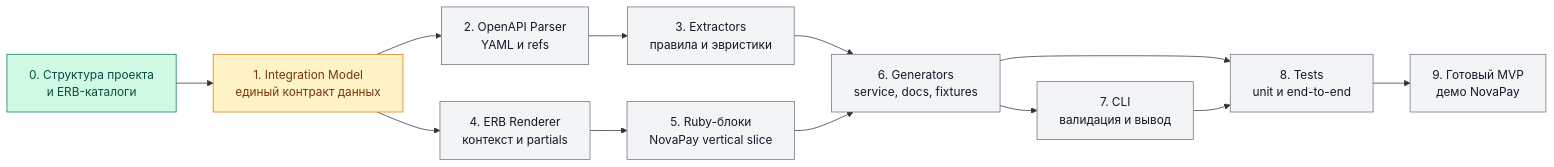
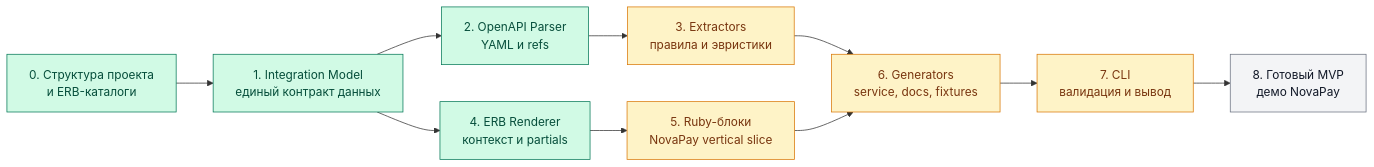
The diagram in docs/plans/DEVELOPMENT_PLAN.md (blasterss/hackaton-provider-ruby), drawn with Mermaid before and after one commit. The commit also changed other lines of this file and 3 other files, not shown here.

````diff
--- a/docs/plans/DEVELOPMENT_PLAN.md
+++ b/docs/plans/DEVELOPMENT_PLAN.md
@@ -5,33 +5,30 @@
 ```mermaid
 flowchart LR
     foundation["0. Структура проекта<br/>и ERB-каталоги"]
     model["1. Integration Model<br/>единый контракт данных"]
     parser["2. OpenAPI Parser<br/>YAML и refs"]
     extractors["3. Extractors<br/>правила и эвристики"]
     renderer["4. ERB Renderer<br/>контекст и partials"]
     blocks["5. Ruby-блоки<br/>NovaPay vertical slice"]
     generators["6. Generators<br/>service, docs, fixtures"]
     cli["7. CLI<br/>валидация и вывод"]
-    tests["8. Tests<br/>unit и end-to-end"]
-    release["9. Готовый MVP<br/>демо NovaPay"]
+    release["8. Готовый MVP<br/>демо NovaPay"]
 
     foundation --> model
     model --> parser
     parser --> extractors
     model --> renderer
     renderer --> blocks
     extractors --> generators
     blocks --> generators
     generators --> cli
-    generators --> tests
-    cli --> tests
-    tests --> release
+    cli --> release
 
     classDef done fill:#d1fae5,stroke:#047857,color:#064e3b
     classDef next fill:#fef3c7,stroke:#d97706,color:#78350f
     classDef pending fill:#f3f4f6,stroke:#6b7280,color:#111827
 
-    class foundation done
-    class model next
-    class parser,extractors,renderer,blocks,generators,cli,tests,release pending
+    class foundation,model,parser,renderer done
+    class extractors,blocks,generators,cli next
+    class release pending
 ```
````
